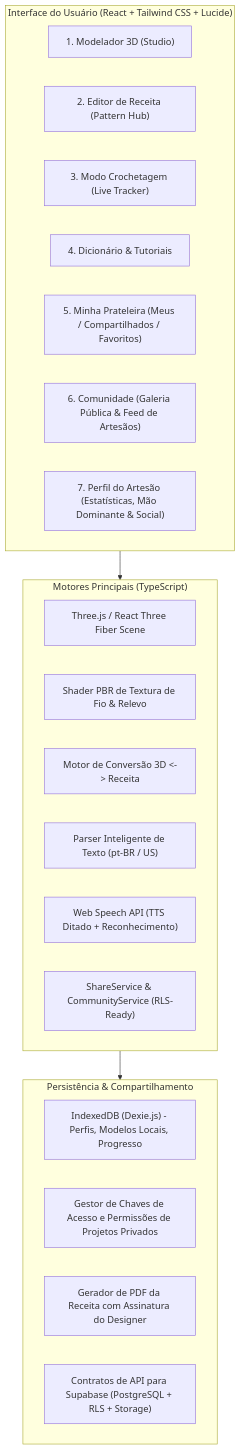
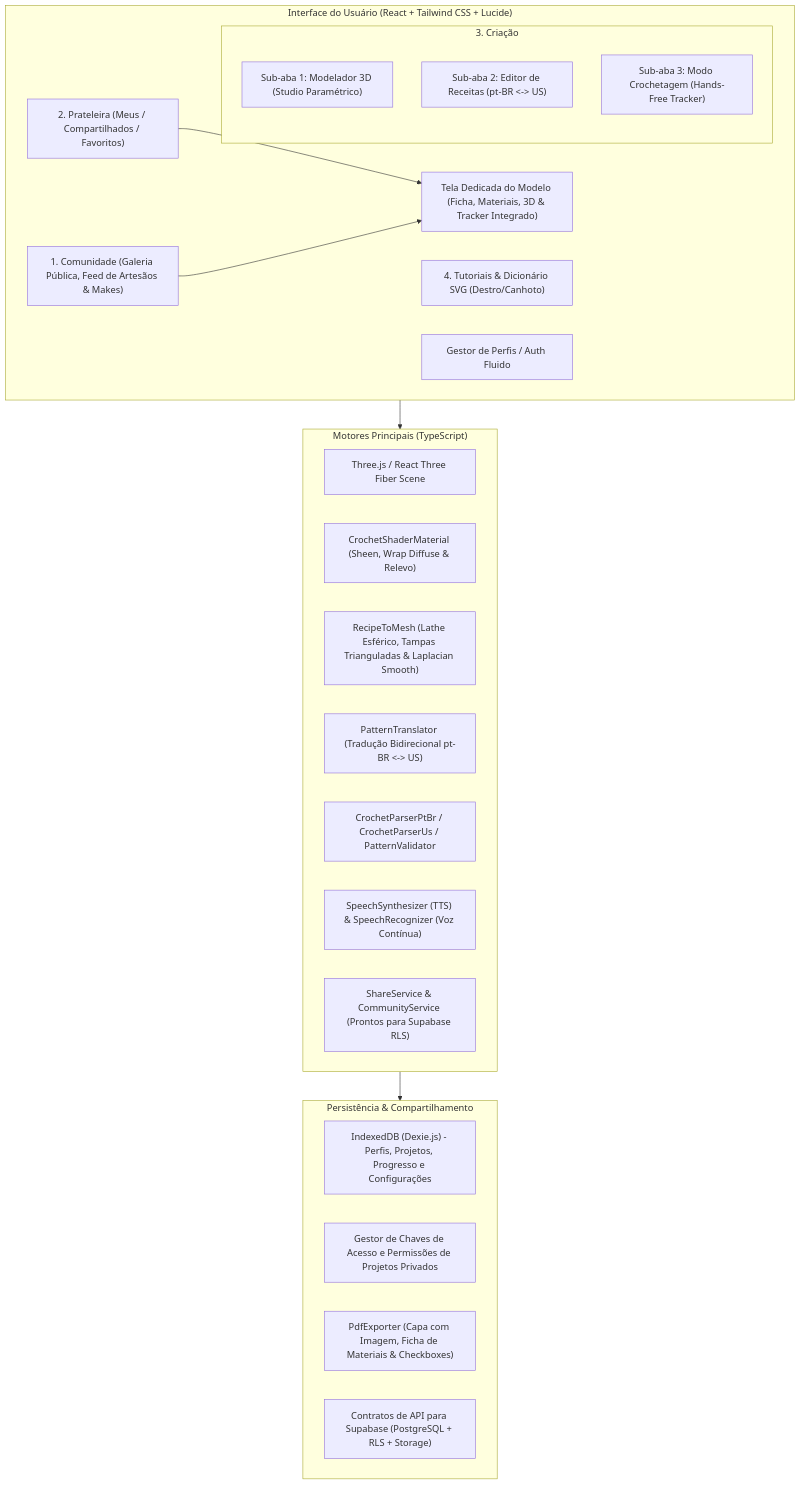
The diagram in docs/ESPECIFICACAO_TECNICA.md (AyrtonLoks/crochet-3d), drawn with Mermaid before and after one commit. The commit also changed other lines of this file and 15 other files, not shown here.

Commit message:
docs: update technical specifications, business requirements, development plan and readme to match 4-tab architecture and UX overhaul

````diff
--- a/docs/ESPECIFICACAO_TECNICA.md
+++ b/docs/ESPECIFICACAO_TECNICA.md
@@ -9,31 +9,37 @@
 ```mermaid
 flowchart TD
     subgraph UI ["Interface do Usuário (React + Tailwind CSS + Lucide)"]
-        Studio["1. Modelador 3D (Studio)"]
-        PatternHub["2. Editor de Receita (Pattern Hub)"]
-        Tracker["3. Modo Crochetagem (Live Tracker)"]
-        Learn["4. Dicionário & Tutoriais"]
-        Shelf["5. Minha Prateleira (Meus / Compartilhados / Favoritos)"]
-        Community["6. Comunidade (Galeria Pública & Feed de Artesãos)"]
-        Profile["7. Perfil do Artesão (Estatísticas, Mão Dominante & Social)"]
+        Community["1. Comunidade (Galeria Pública, Feed de Artesãos & Makes)"]
+        Shelf["2. Prateleira (Meus / Compartilhados / Favoritos)"]
+        ProjectDetail["Tela Dedicada do Modelo (Ficha, Materiais, 3D & Tracker Integrado)"]
+        subgraph CreationTab ["3. Criação"]
+            Studio["Sub-aba 1: Modelador 3D (Studio Paramétrico)"]
+            PatternHub["Sub-aba 2: Editor de Receitas (pt-BR <-> US)"]
+            CreationTracker["Sub-aba 3: Modo Crochetagem (Hands-Free Tracker)"]
+        end
+        Learn["4. Tutoriais & Dicionário SVG (Destro/Canhoto)"]
+        AuthModal["Gestor de Perfis / Auth Fluido"]
     end
 
     subgraph CoreEngine ["Motores Principais (TypeScript)"]
         R3F["Three.js / React Three Fiber Scene"]
-        ShaderEngine["Shader PBR de Textura de Fio & Relevo"]
-        PatternEngine["Motor de Conversão 3D <-> Receita"]
-        PatternParser["Parser Inteligente de Texto (pt-BR / US)"]
-        VoiceEngine["Web Speech API (TTS Ditado + Reconhecimento)"]
-        SocialEngine["ShareService & CommunityService (RLS-Ready)"]
+        ShaderEngine["CrochetShaderMaterial (Sheen, Wrap Diffuse & Relevo)"]
+        RecipeToMesh["RecipeToMesh (Lathe Esférico, Tampas Trianguladas & Laplacian Smooth)"]
+        PatternTranslator["PatternTranslator (Tradução Bidirecional pt-BR <-> US)"]
+        PatternParser["CrochetParserPtBr / CrochetParserUs / PatternValidator"]
+        VoiceEngine["SpeechSynthesizer (TTS) & SpeechRecognizer (Voz Contínua)"]
+        SocialEngine["ShareService & CommunityService (Prontos para Supabase RLS)"]
     end
 
     subgraph DataStorage ["Persistência & Compartilhamento"]
-        DexieDB["IndexedDB (Dexie.js) - Perfis, Modelos Locais, Progresso"]
+        DexieDB["IndexedDB (Dexie.js) - Perfis, Projetos, Progresso e Configurações"]
         ShareHub["Gestor de Chaves de Acesso e Permissões de Projetos Privados"]
-        PDFGen["Gerador de PDF da Receita com Assinatura do Designer"]
+        PDFGen["PdfExporter (Capa com Imagem, Ficha de Materiais & Checkboxes)"]
         SupabaseReady["Contratos de API para Supabase (PostgreSQL + RLS + Storage)"]
     end
 
     UI --> CoreEngine
     CoreEngine --> DataStorage
+    Shelf --> ProjectDetail
+    Community --> ProjectDetail
 ```
````
